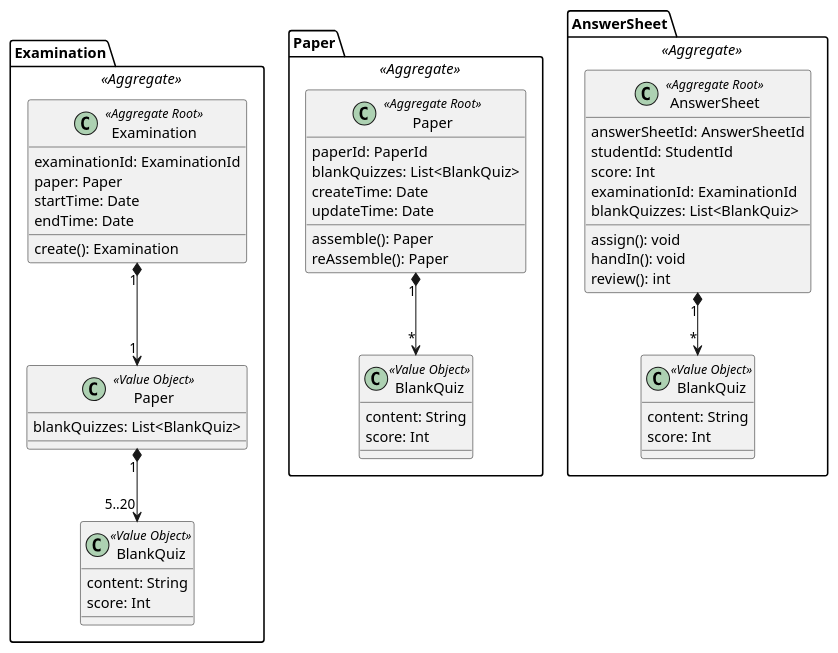
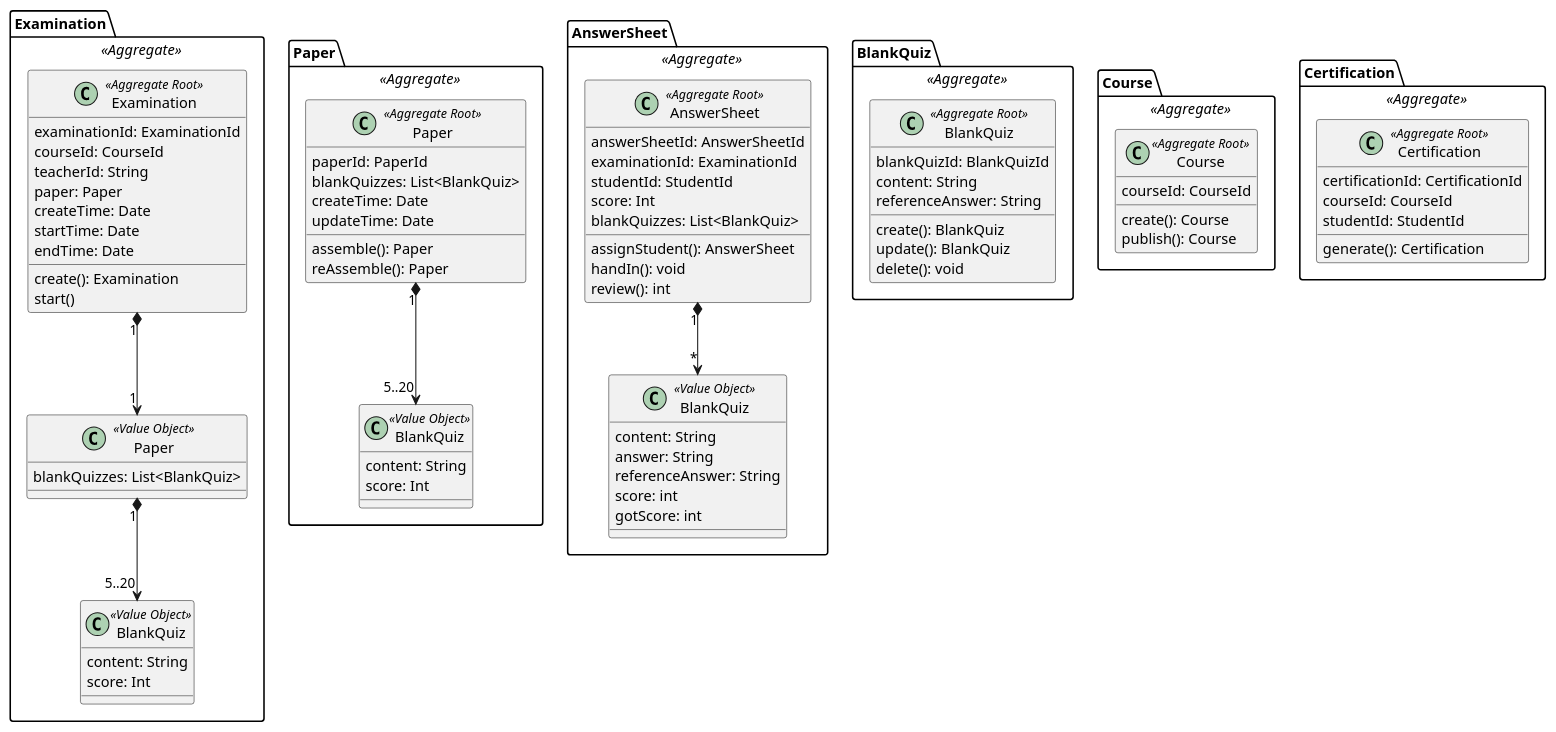
One commit to xiaotaozi1127/ddd-exam-system changed the diagram in src/main/java/exam/exam.puml. Above: the diagram before and after it, drawn with PlantUML.

Commit message:
taohui #refactor plantUML

```diff
--- a/src/main/java/exam/exam.puml
+++ b/src/main/java/exam/exam.puml
@@ -1,65 +1,102 @@
 @startuml
 
 package Examination <<Aggregate>> {
 class Examination <<Aggregate Root>> {
     examinationId: ExaminationId
+    courseId: CourseId
+    teacherId: String
     paper: Paper
+    createTime: Date
     startTime: Date
     endTime: Date
 
     create(): Examination
+    start()
 }
 
 class "Paper" as a <<Value Object>> {
     blankQuizzes: List<BlankQuiz>
 }
 
-class "BlankQuiz" as b <<Value Object>> {
+class "BlankQuiz" as eb <<Value Object>> {
     content: String
     score: Int
 }
 
 Examination "1" *--> "1" a
-a "1" *--> "5..20" b
+a "1" *--> "5..20" eb
 }
 
 package Paper <<Aggregate>> {
     class Paper <<Aggregate Root>> {
         paperId: PaperId
         blankQuizzes: List<BlankQuiz>
         createTime: Date
         updateTime: Date
 
         assemble(): Paper
         reAssemble(): Paper
     }
 
-    class BlankQuiz <<Value Object>> {
+    class "BlankQuiz" as pb <<Value Object>> {
          content: String
          score: Int
     }
-    Paper "1" *--> "*" BlankQuiz
+    Paper "1" *--> "5..20" pb
 }
 
 package AnswerSheet <<Aggregate>> {
 class AnswerSheet <<Aggregate Root>> {
     answerSheetId: AnswerSheetId
+    examinationId: ExaminationId
     studentId: StudentId
     score: Int
-    examinationId: ExaminationId
     blankQuizzes: List<BlankQuiz>
 
-    assign(): void
+    assignStudent(): AnswerSheet
     handIn(): void
     review(): int
 }
 
-class "BlankQuiz" as c <<Value Object>> {
+class "BlankQuiz" as ab <<Value Object>> {
     content: String
-    score: Int
+    answer: String
+    referenceAnswer: String
+    score: int
+    gotScore: int
 }
 
-AnswerSheet "1" *--> "*" c
+AnswerSheet "1" *--> "*" ab
+}
+
+package BlankQuiz <<Aggregate>> {
+class "BlankQuiz" as bq <<Aggregate Root>> {
+    blankQuizId: BlankQuizId
+    content: String
+    referenceAnswer: String
+
+    create(): BlankQuiz
+    update(): BlankQuiz
+    delete(): void
+}
+}
+
+package Course <<Aggregate>> {
+class "Course" <<Aggregate Root>> {
+courseId: CourseId
+create(): Course
+publish(): Course
+}
+}
+
+package Certification <<Aggregate>> {
+class Certification <<Aggregate Root>> {
+certificationId: CertificationId
+courseId: CourseId
+studentId: StudentId
+
+generate(): Certification
+}
 }
 
 @enduml
```
